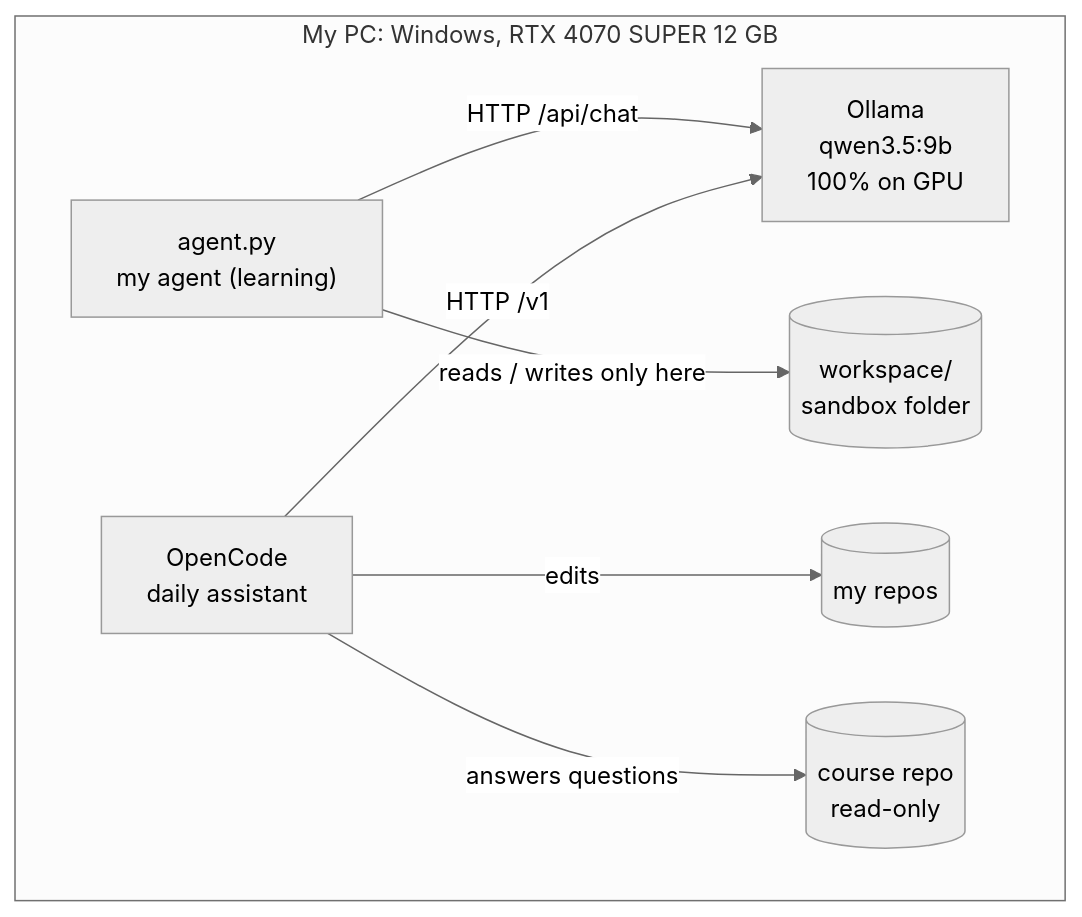
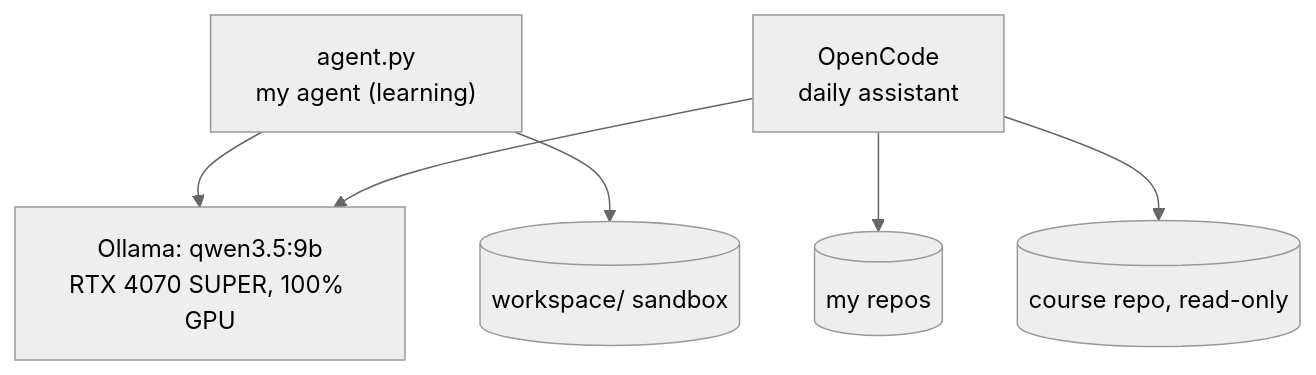
Before and after one commit to ripter0/localagent-lab: the first of 2 diagrams in README.md, drawn with Mermaid (neutral theme).

Commit message:
README: simpler top-down overview diagram

````diff
--- a/README.md
+++ b/README.md
@@ -12,17 +12,9 @@
 ```mermaid
-flowchart LR
-    subgraph PC["My PC: Windows, RTX 4070 SUPER 12 GB"]
-        direction LR
-        O["Ollama<br/>qwen3.5:9b<br/>100% on GPU"]
-        A["agent.py<br/>my agent (learning)"]
-        C["OpenCode<br/>daily assistant"]
-        W[("workspace/<br/>sandbox folder")]
-        R[("my repos")]
-        K[("course repo<br/>read-only")]
-        A -- "HTTP /api/chat" --> O
-        C -- "HTTP /v1" --> O
-        A -- "reads / writes only here" --> W
-        C -- "edits" --> R
-        C -- "answers questions" --> K
-    end
+flowchart TD
+    O["Ollama: qwen3.5:9b<br/>RTX 4070 SUPER, 100% GPU"]
+    A["agent.py<br/>my agent (learning)"] --> O
+    C["OpenCode<br/>daily assistant"] --> O
+    A --> W[("workspace/ sandbox")]
+    C --> R[("my repos")]
+    C --> K[("course repo, read-only")]
 ```
````
